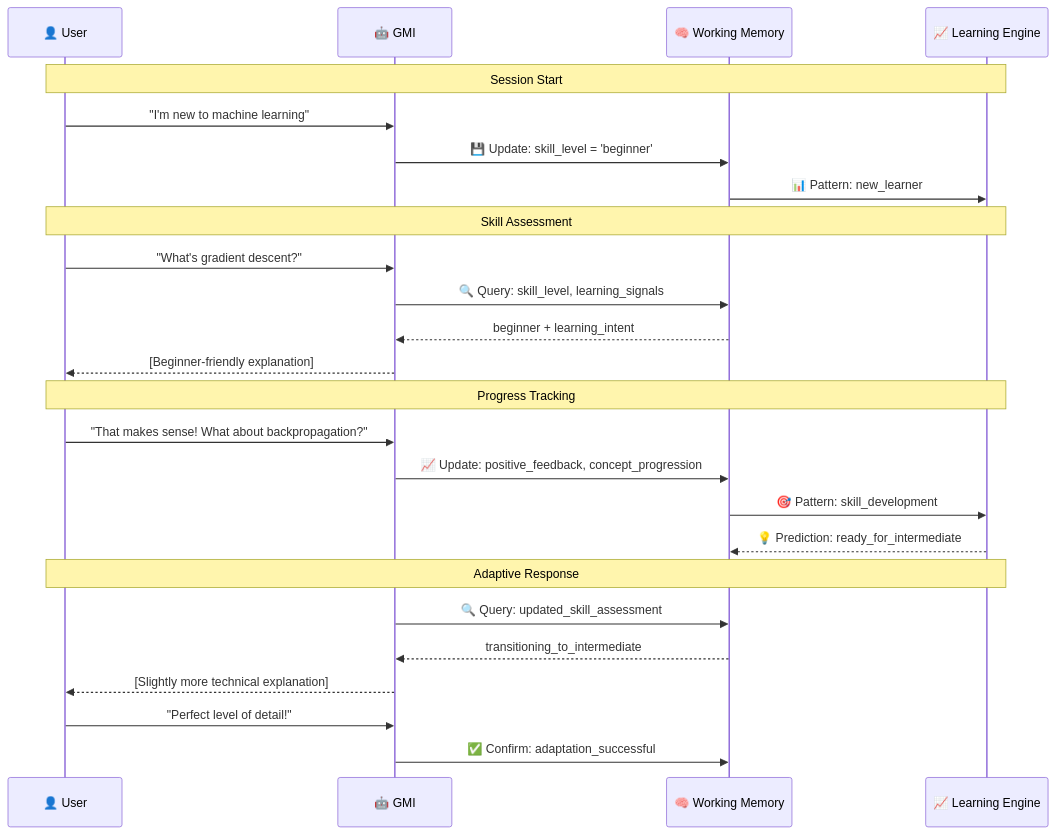
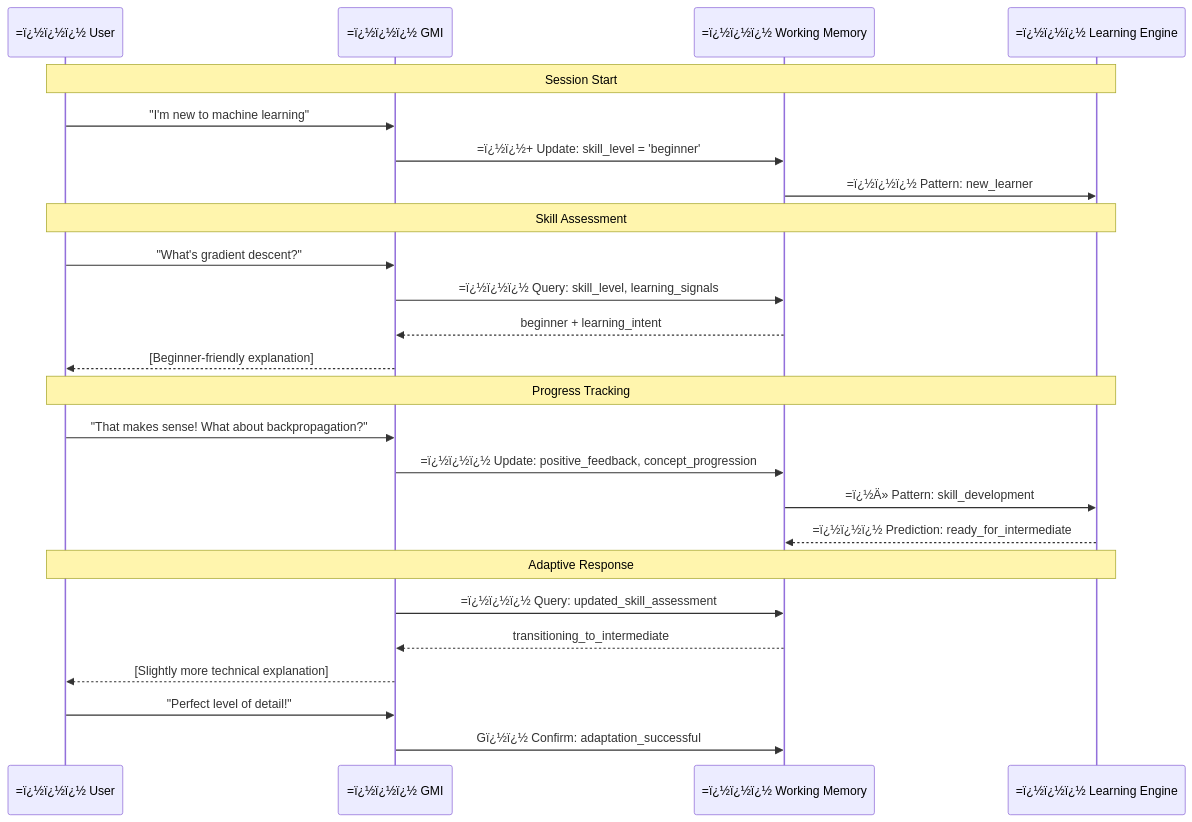
One commit to framersai/agentos-live-docs changed diagram 12 of 15 in packages/agentos/docs/ARCHITECTURE.md. Above: the diagram before and after it, drawn with Mermaid. The commit also changed other lines of this file and 47 other files, not shown here.

````diff
--- a/packages/agentos/docs/ARCHITECTURE.md
+++ b/packages/agentos/docs/ARCHITECTURE.md
@@ -2246,31 +2254,31 @@
 ```mermaid
 sequenceDiagram
-    participant User as 👤 User
-    participant GMI as 🤖 GMI
-    participant Memory as 🧠 Working Memory
-    participant Learning as 📈 Learning Engine
+    participant User as =ï¿½ï¿½ï¿½ User
+    participant GMI as =ï¿½ï¿½ï¿½ GMI
+    participant Memory as =ï¿½ï¿½ï¿½ Working Memory
+    participant Learning as =ï¿½ï¿½ï¿½ Learning Engine
     
     Note over User,Learning: Session Start
     User->>GMI: "I'm new to machine learning"
-    GMI->>Memory: 💾 Update: skill_level = 'beginner'
-    Memory->>Learning: 📊 Pattern: new_learner
+    GMI->>Memory: =ï¿½ï¿½+ Update: skill_level = 'beginner'
+    Memory->>Learning: =ï¿½ï¿½ï¿½ Pattern: new_learner
     
     Note over User,Learning: Skill Assessment
     User->>GMI: "What's gradient descent?"
-    GMI->>Memory: 🔍 Query: skill_level, learning_signals
+    GMI->>Memory: =ï¿½ï¿½ï¿½ Query: skill_level, learning_signals
     Memory-->>GMI: beginner + learning_intent
     GMI-->>User: [Beginner-friendly explanation]
     
     Note over User,Learning: Progress Tracking
     User->>GMI: "That makes sense! What about backpropagation?"
-    GMI->>Memory: 📈 Update: positive_feedback, concept_progression
-    Memory->>Learning: 🎯 Pattern: skill_development
-    Learning-->>Memory: 💡 Prediction: ready_for_intermediate
+    GMI->>Memory: =ï¿½ï¿½ï¿½ Update: positive_feedback, concept_progression
+    Memory->>Learning: =ï¿½Ä» Pattern: skill_development
+    Learning-->>Memory: =ï¿½ï¿½ï¿½ Prediction: ready_for_intermediate
     
     Note over User,Learning: Adaptive Response
-    GMI->>Memory: 🔍 Query: updated_skill_assessment
+    GMI->>Memory: =ï¿½ï¿½ï¿½ Query: updated_skill_assessment
     Memory-->>GMI: transitioning_to_intermediate
     GMI-->>User: [Slightly more technical explanation]
     User->>GMI: "Perfect level of detail!"
-    GMI->>Memory: ✅ Confirm: adaptation_successful
+    GMI->>Memory: Gï¿½ï¿½ Confirm: adaptation_successful
 ```
````
